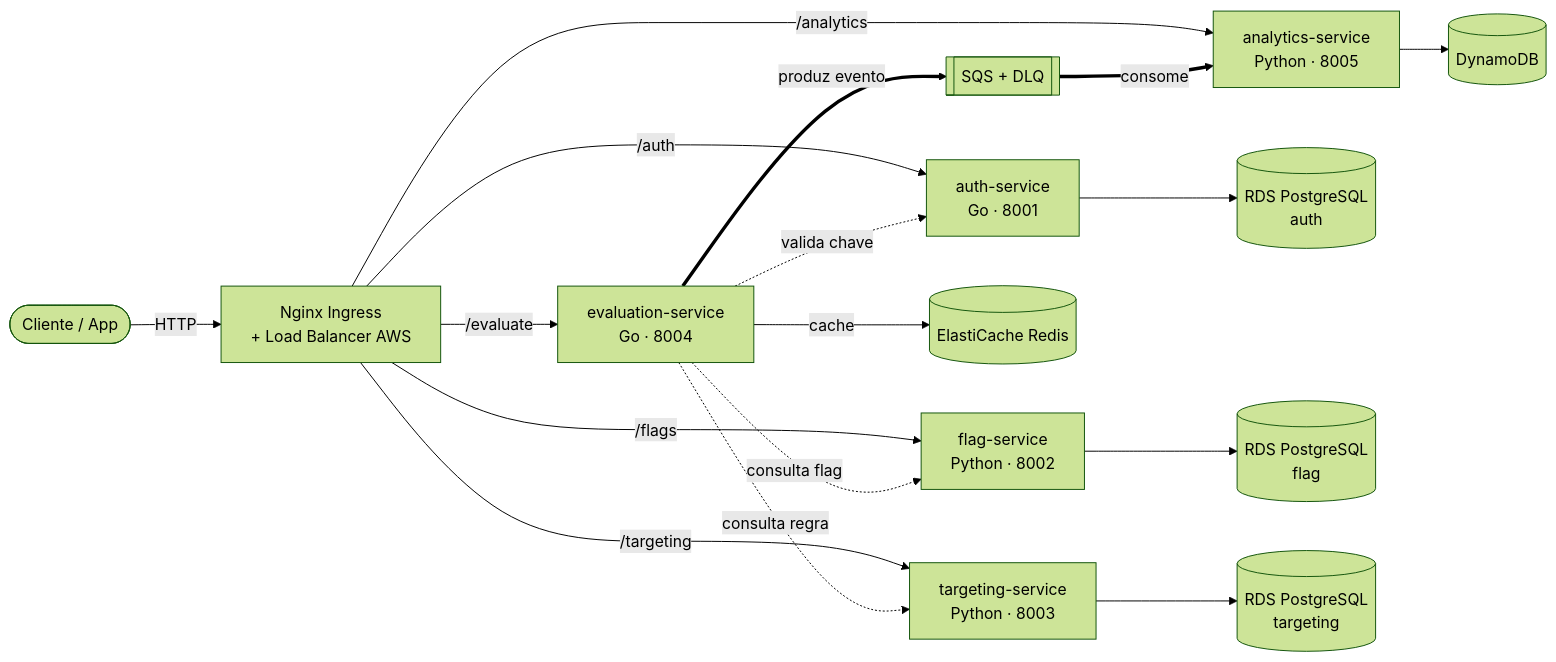
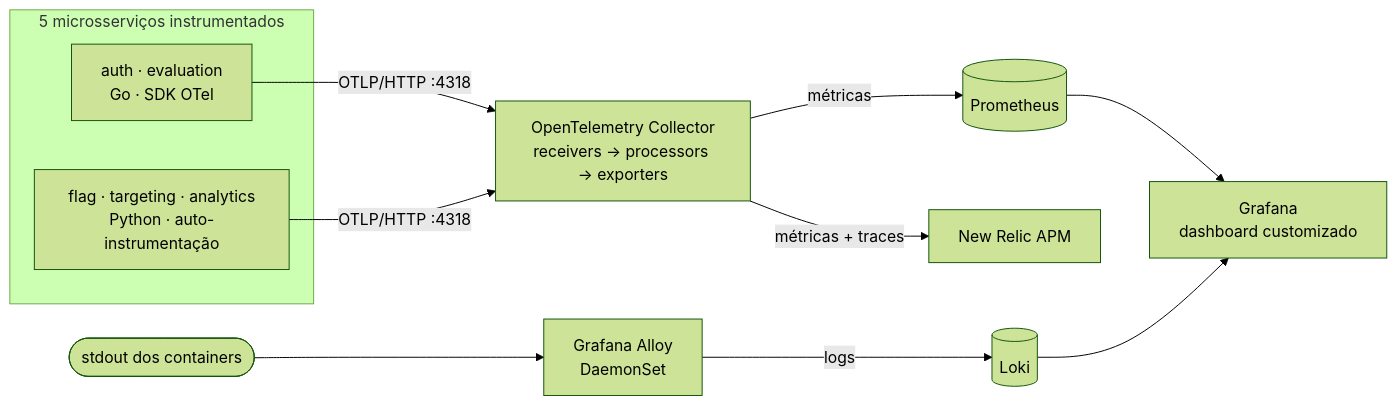
One commit to artur-duart/togglemaster-devops-fiap changed the first of 2 diagrams in README.md. Above: the diagram before and after it, drawn with Mermaid (forest theme). The commit also changed other lines of this file, not shown here.

````diff
--- a/README.md
+++ b/README.md
@@ -89,22 +92,20 @@
 ```mermaid
 flowchart LR
-    Client([Cliente / App]) -->|HTTP| ING[Nginx Ingress<br/>+ Load Balancer AWS]
+    subgraph APPS [5 microsserviços instrumentados]
+      GO[auth · evaluation<br/>Go · SDK OTel]
+      PY[flag · targeting · analytics<br/>Python · auto-instrumentação]
+    end
 
-    ING -->|/auth| AUTH[auth-service<br/>Go · 8001]
-    ING -->|/flags| FLAG[flag-service<br/>Python · 8002]
-    ING -->|/targeting| TGT[targeting-service<br/>Python · 8003]
-    ING -->|/evaluate| EVAL[evaluation-service<br/>Go · 8004]
-    ING -->|/analytics| ANL[analytics-service<br/>Python · 8005]
+    GO -->|OTLP/HTTP :4318| COL
+    PY -->|OTLP/HTTP :4318| COL
+    COL[OpenTelemetry Collector<br/>receivers → processors → exporters]
 
-    AUTH --> RDSa[(RDS PostgreSQL<br/>auth)]
-    FLAG --> RDSf[(RDS PostgreSQL<br/>flag)]
-    TGT --> RDSt[(RDS PostgreSQL<br/>targeting)]
+    COL -->|métricas| PROM[(Prometheus)]
+    COL -->|métricas + traces| NR[New Relic APM]
 
-    EVAL -->|cache| REDIS[(ElastiCache Redis)]
-    EVAL -.valida chave.-> AUTH
-    EVAL -.consulta flag.-> FLAG
-    EVAL -.consulta regra.-> TGT
-    EVAL ==>|produz evento| SQS[[SQS + DLQ]]
-    SQS ==>|consome| ANL
-    ANL --> DDB[(DynamoDB)]
+    PODS([stdout dos containers]) --> ALLOY[Grafana Alloy<br/>DaemonSet]
+    ALLOY -->|logs| LOKI[(Loki)]
+
+    PROM --> GRAF[Grafana<br/>dashboard customizado]
+    LOKI --> GRAF
 ```
````
